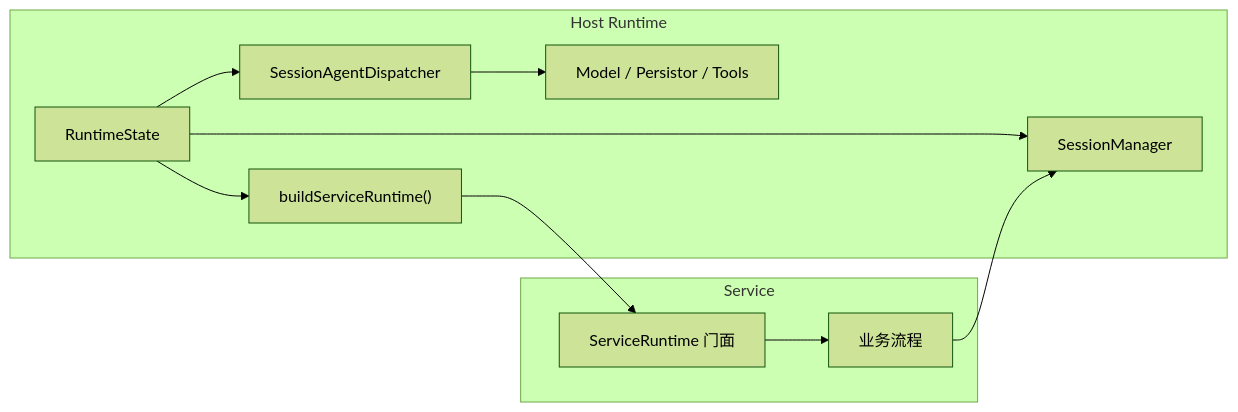
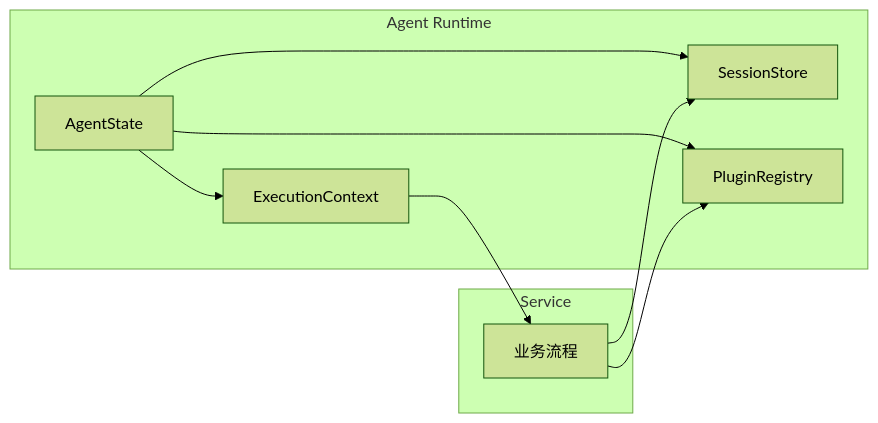
The first of 2 diagrams in homepage/content/devdocs/zh/services/service-principles.mdx (wangenius/downcity), drawn with Mermaid (forest theme) before and after one commit. The commit also changed other lines of this file and 37 other files, not shown here.

````diff
--- a/homepage/content/devdocs/zh/services/service-principles.mdx
+++ b/homepage/content/devdocs/zh/services/service-principles.mdx
@@ -90,23 +92,20 @@
 ```mermaid
 flowchart LR
-  subgraph Host["Host Runtime"]
-    H1["RuntimeState"]
-    H2["SessionManager"]
-    H3["SessionAgentDispatcher"]
-    H4["Model / Persistor / Tools"]
-    H5["buildServiceRuntime()"]
+  subgraph Agent["Agent Runtime"]
+    A1["AgentState"]
+    A2["ExecutionContext"]
+    A3["SessionStore"]
+    A4["PluginRegistry"]
   end
 
   subgraph Service["Service"]
     S1["业务流程"]
-    S2["ServiceRuntime 门面"]
   end
 
-  H1 --> H2
-  H1 --> H3
-  H1 --> H5
-  H3 --> H4
-  H5 --> S2
-  S2 --> S1
-  S1 --> H2
+  A1 --> A2
+  A1 --> A3
+  A1 --> A4
+  A2 --> S1
+  S1 --> A3
+  S1 --> A4
 ```
````
